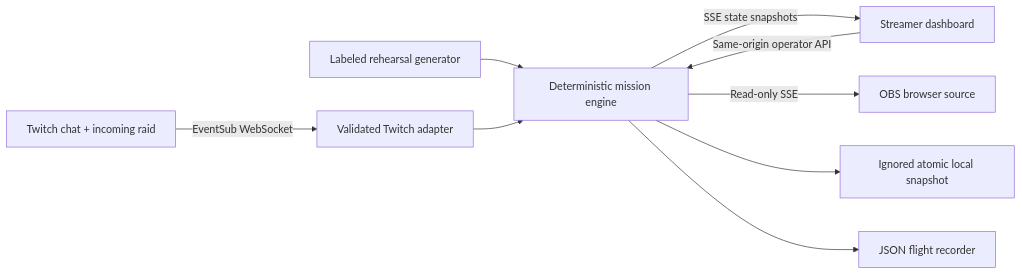
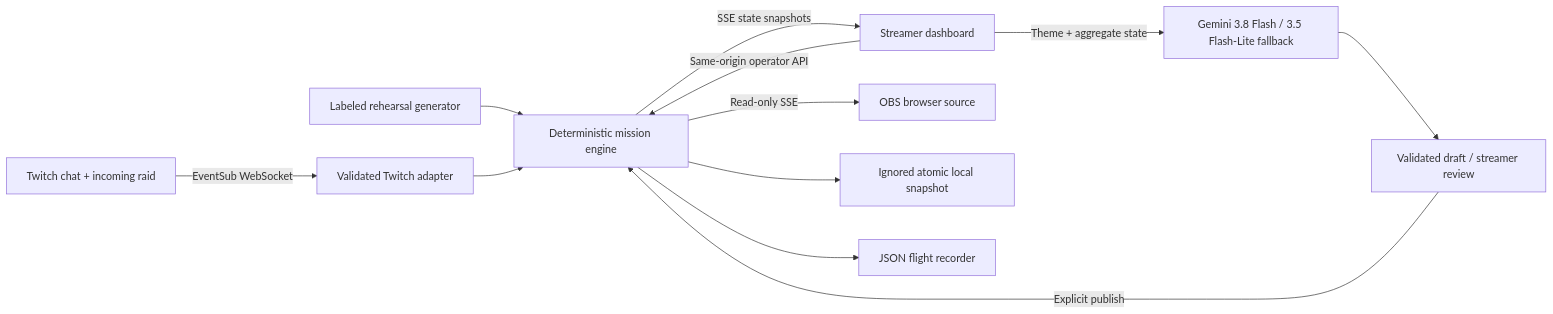
Before and after one commit to ZNLong2203/Codex-TwitchCon-Hackathon: the diagram in docs/architecture.md, drawn with Mermaid. The commit also changed other lines of this file and 11 other files, not shown here.

````diff
--- a/docs/architecture.md
+++ b/docs/architecture.md
@@ -5,11 +5,14 @@
 ```mermaid
 flowchart LR
   T[Twitch chat + incoming raid] -->|EventSub WebSocket| B[Validated Twitch adapter]
   D[Labeled rehearsal generator] --> E[Deterministic mission engine]
   B --> E
   C[Streamer dashboard] -->|Same-origin operator API| E
+  C -->|Theme + aggregate state| A[Gemini 3.8 Flash / 3.5 Flash-Lite fallback]
+  A --> R[Validated draft / streamer review]
+  R -->|Explicit publish| E
   E -->|SSE state snapshots| C
   E -->|Read-only SSE| O[OBS browser source]
   E --> P[Ignored atomic local snapshot]
   E --> F[JSON flight recorder]
 ```
````
